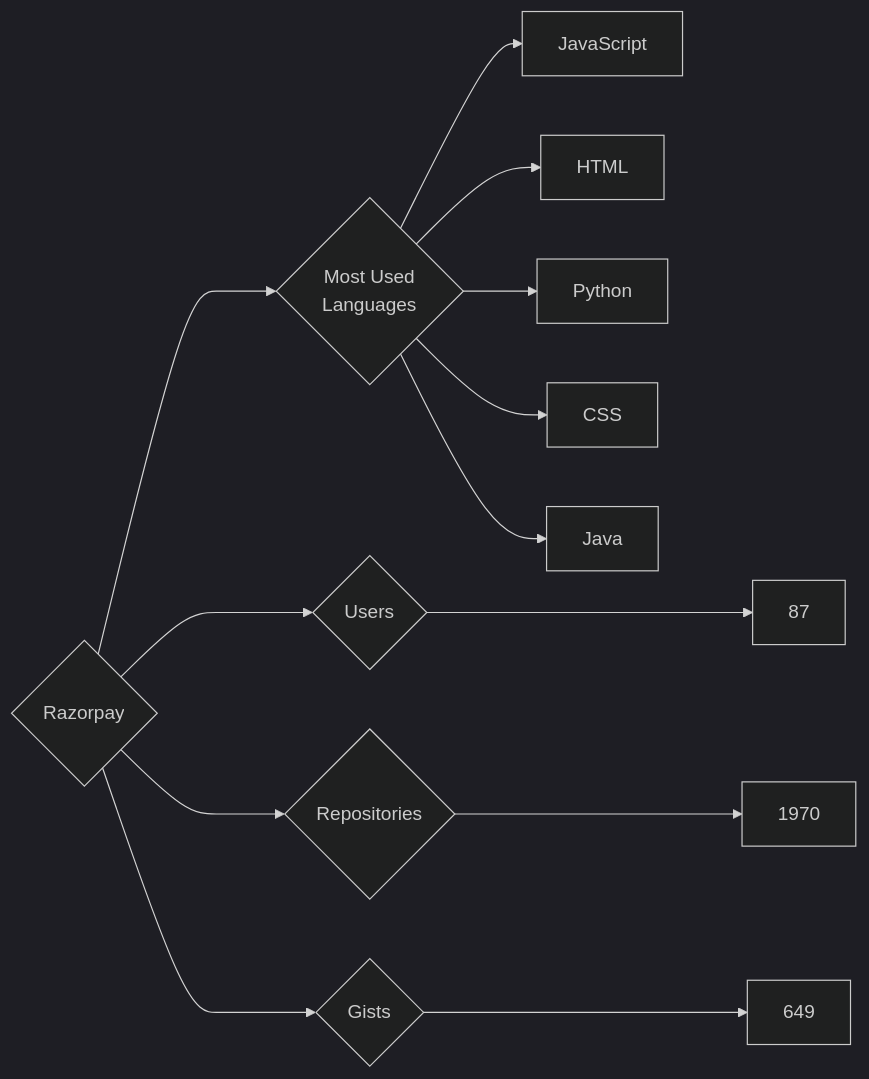
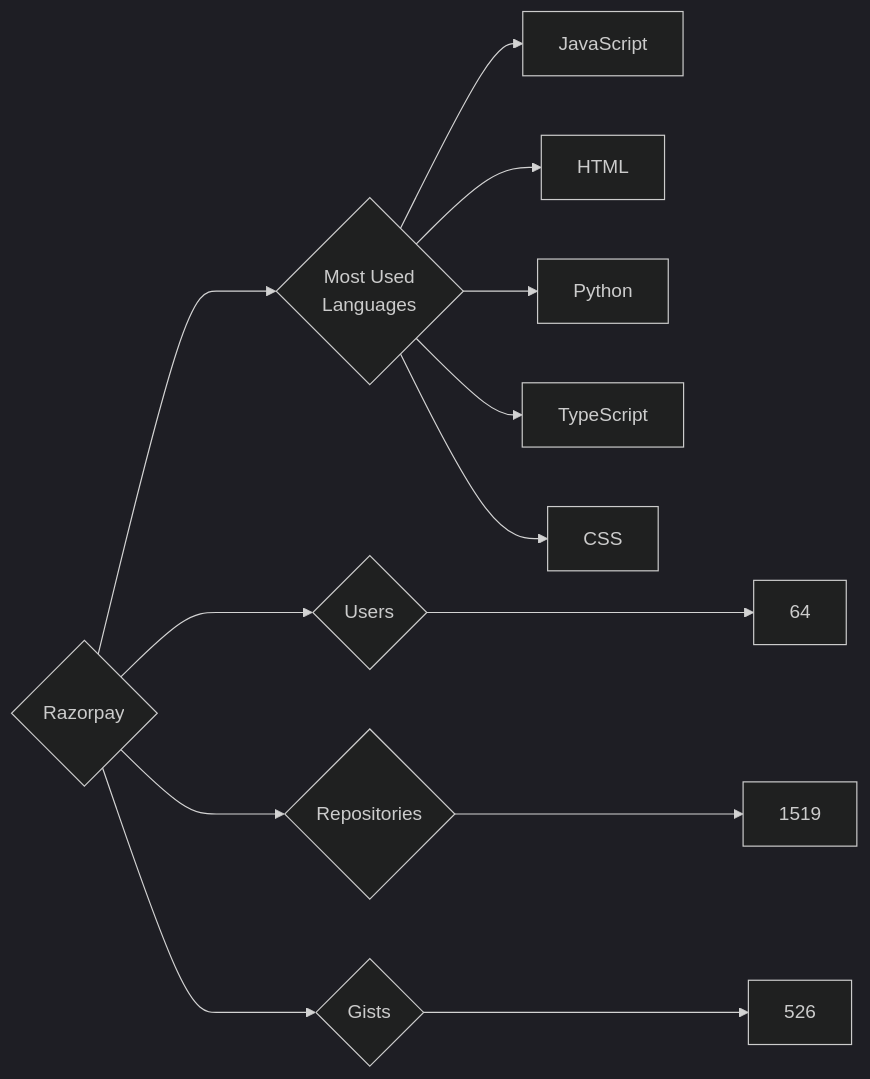
The diagram in targets/Razorpay/README.md (trickest/insiders), drawn with Mermaid (dark theme) before and after one commit. The commit also changed 973 other files, not shown here.

````diff
--- a/targets/Razorpay/README.md
+++ b/targets/Razorpay/README.md
@@ -3,13 +3,13 @@
 ```mermaid
 graph LR
 COMPANY_NAME{Razorpay}
-COMPANY_NAME ---> U{Users} ---> UN[87]
-COMPANY_NAME ---> R{Repositories} ---> RN[1970]
-COMPANY_NAME ---> G{Gists} ---> GN[649]
+COMPANY_NAME ---> U{Users} ---> UN[64]
+COMPANY_NAME ---> R{Repositories} ---> RN[1519]
+COMPANY_NAME ---> G{Gists} ---> GN[526]
 COMPANY_NAME ---> ML{Most Used<br>Languages}
 ML --> JavaScript[JavaScript]
 ML --> HTML[HTML]
 ML --> Python[Python]
+ML --> TypeScript[TypeScript]
 ML --> CSS[CSS]
-ML --> Java[Java]
 ```
````
